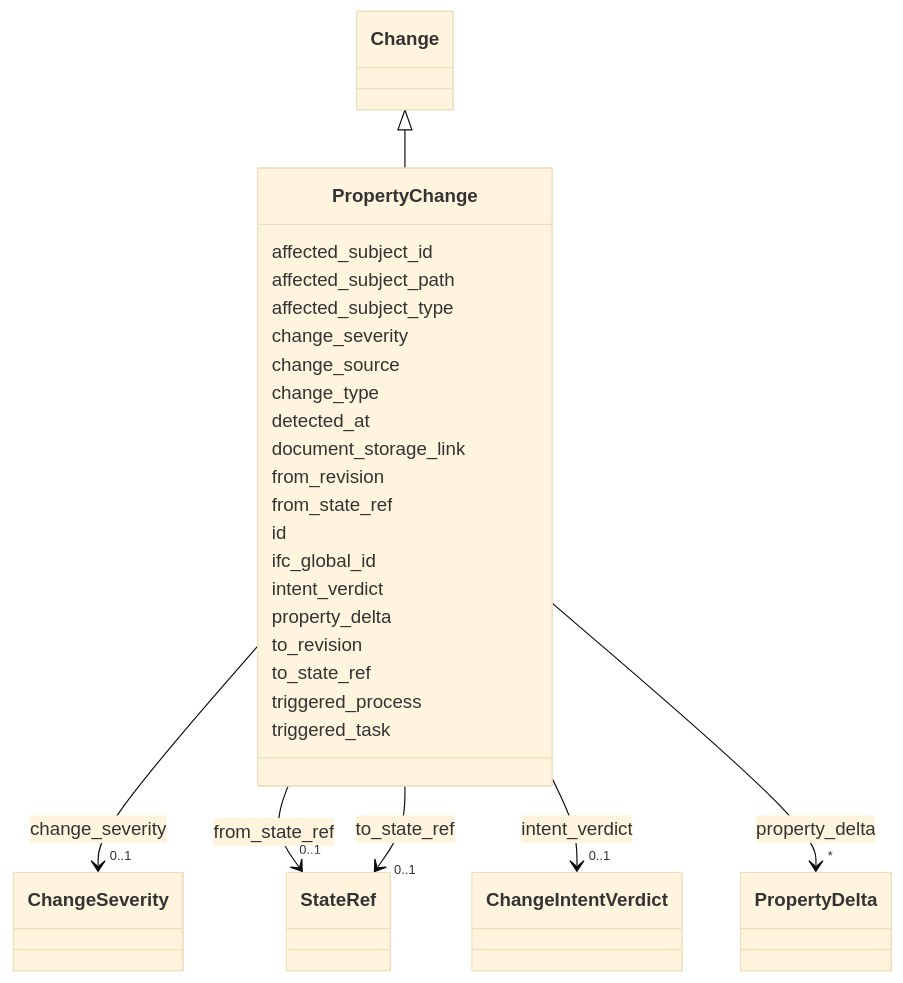
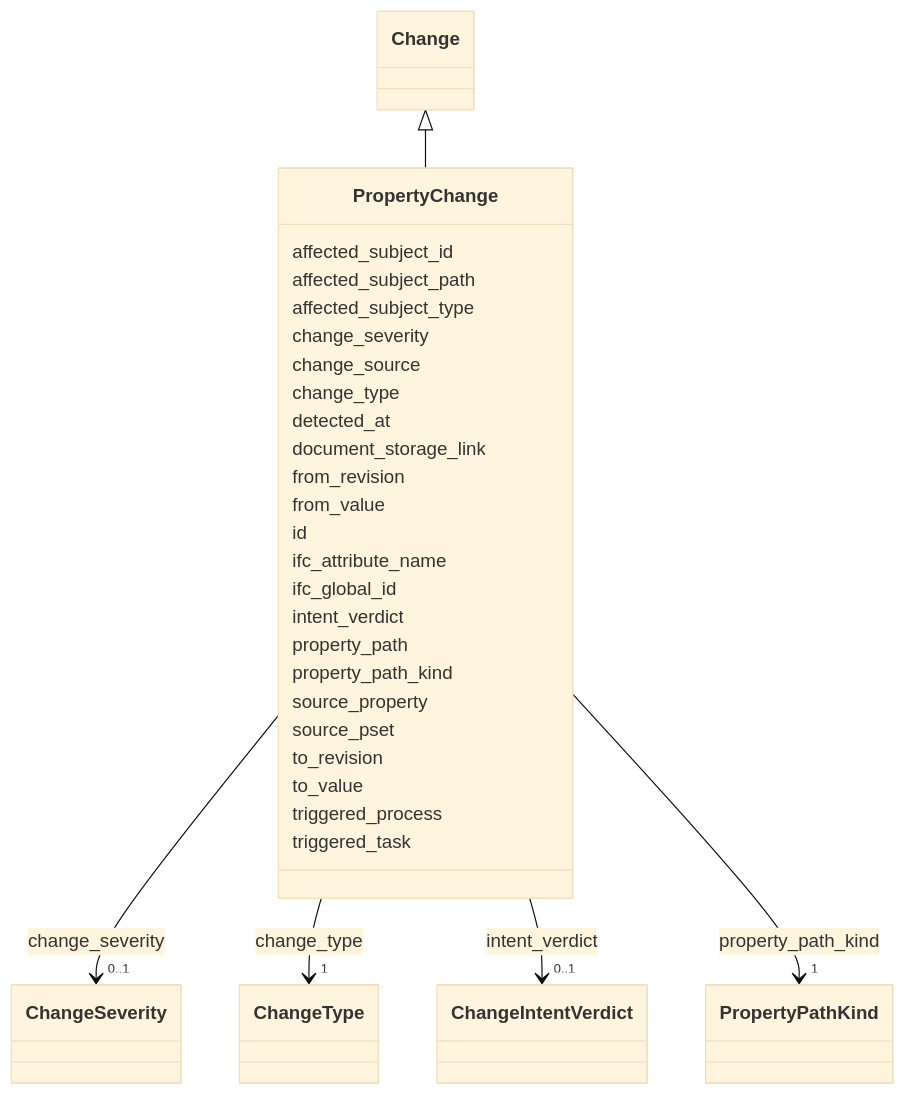
One commit to simondilhas/pragmatic-bim-schema changed the diagram in site/schema/.md-src/PropertyChange.md. Above: the diagram before and after it, drawn with Mermaid (base theme). The commit also changed other lines of this file and 443 other files, not shown here.

````diff
--- a/site/schema/.md-src/PropertyChange.md
+++ b/site/schema/.md-src/PropertyChange.md
@@ -23,35 +23,37 @@
 ```mermaid
  classDiagram
     class PropertyChange
     click PropertyChange href "./PropertyChange.html"
       Change <|-- PropertyChange
         click Change href "./Change.html"
       PropertyChange : affected_subject_id
       PropertyChange : affected_subject_path
       PropertyChange : affected_subject_type
       PropertyChange : change_severity
         PropertyChange --> "0..1" ChangeSeverity : change_severity
         click ChangeSeverity href "./ChangeSeverity.html"
       PropertyChange : change_source
       PropertyChange : change_type
+        PropertyChange --> "1" ChangeType : change_type
+        click ChangeType href "./ChangeType.html"
       PropertyChange : detected_at
       PropertyChange : document_storage_link
       PropertyChange : from_revision
-      PropertyChange : from_state_ref
-        PropertyChange --> "0..1" StateRef : from_state_ref
-        click StateRef href "./StateRef.html"
+      PropertyChange : from_value
       PropertyChange : id
+      PropertyChange : ifc_attribute_name
       PropertyChange : ifc_global_id
       PropertyChange : intent_verdict
         PropertyChange --> "0..1" ChangeIntentVerdict : intent_verdict
         click ChangeIntentVerdict href "./ChangeIntentVerdict.html"
-      PropertyChange : property_delta
-        PropertyChange --> "*" PropertyDelta : property_delta
-        click PropertyDelta href "./PropertyDelta.html"
+      PropertyChange : property_path
+      PropertyChange : property_path_kind
+        PropertyChange --> "1" PropertyPathKind : property_path_kind
+        click PropertyPathKind href "./PropertyPathKind.html"
+      PropertyChange : source_property
+      PropertyChange : source_pset
       PropertyChange : to_revision
-      PropertyChange : to_state_ref
-        PropertyChange --> "0..1" StateRef : to_state_ref
-        click StateRef href "./StateRef.html"
+      PropertyChange : to_value
       PropertyChange : triggered_process
       PropertyChange : triggered_task
 ```
````
